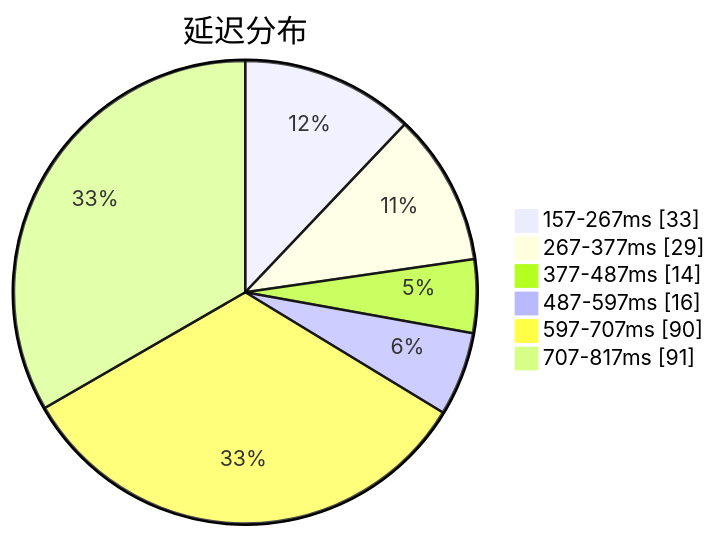
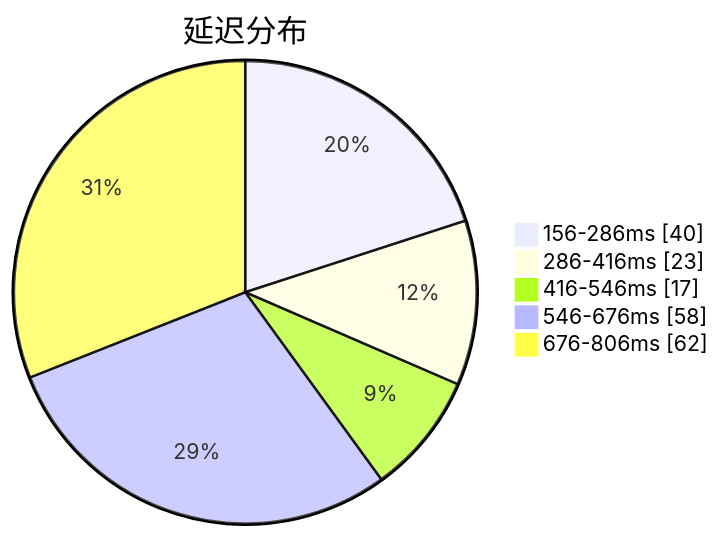
The first of 3 diagrams in subs/statistics/tested_within.md (qjlxg/airport), drawn with Mermaid before and after one commit. The commit also changed other lines of this file and 2 other files, not shown here.

````diff
--- a/subs/statistics/tested_within.md
+++ b/subs/statistics/tested_within.md
@@ -2,10 +2,9 @@
 ```mermaid
 pie showData
 title 延迟分布
-"157-267ms" : 33
-"267-377ms" : 29
-"377-487ms" : 14
-"487-597ms" : 16
-"597-707ms" : 90
-"707-817ms" : 91
+"156-286ms" : 40
+"286-416ms" : 23
+"416-546ms" : 17
+"546-676ms" : 58
+"676-806ms" : 62
 ```
````
